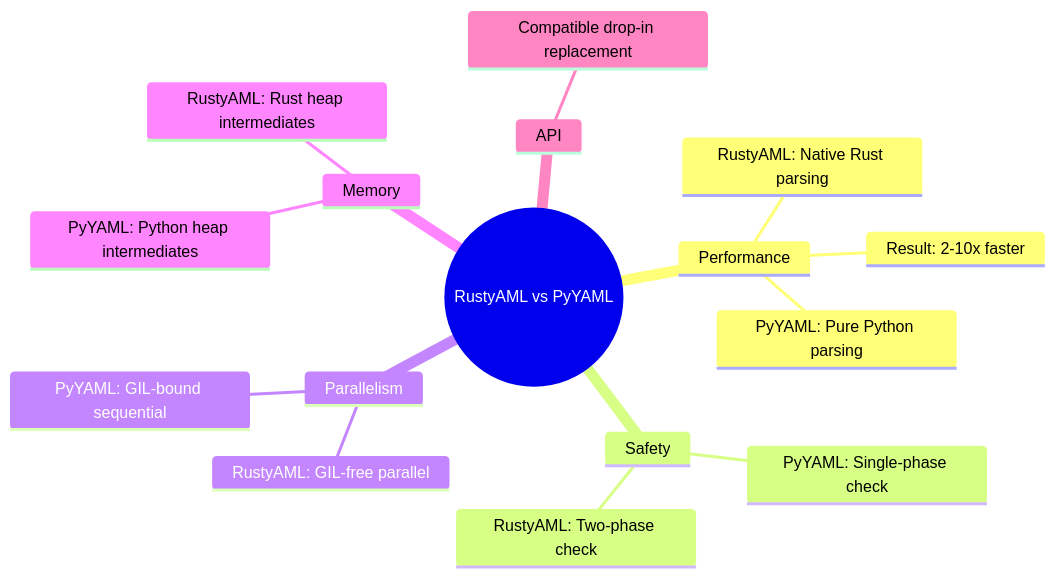
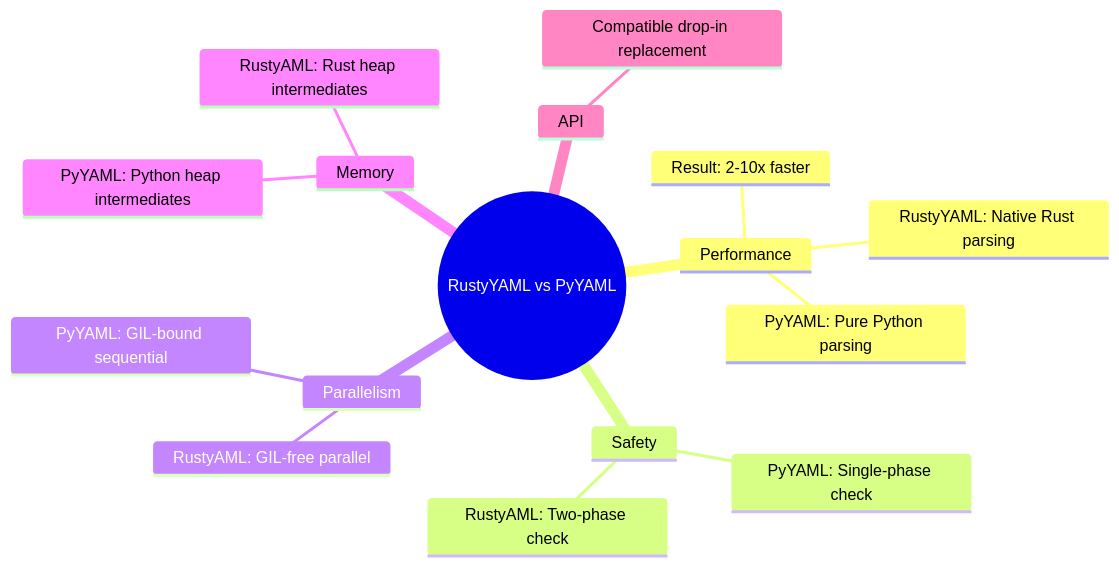
One commit to beelal-k/rustyyaml changed diagram 18 of 18 in docs/ARCHITECTURE.md. Above: the diagram before and after it, drawn with Mermaid. The commit also changed other lines of this file and 14 other files, not shown here.

````diff
--- a/docs/ARCHITECTURE.md
+++ b/docs/ARCHITECTURE.md
@@ -592,27 +592,27 @@
 ```mermaid
 mindmap
-    root((RustyAML vs PyYAML))
+    root((RustyYAML vs PyYAML))
         Performance
             PyYAML: Pure Python parsing
-            RustyAML: Native Rust parsing
+            RustyYAML: Native Rust parsing
             Result: 2-10x faster
         
         Safety
             PyYAML: Single-phase check
             RustyAML: Two-phase check
             ::icon(fa fa-shield)
         
         Parallelism
             PyYAML: GIL-bound sequential
             RustyAML: GIL-free parallel
             ::icon(fa fa-bolt)
         
         Memory
             PyYAML: Python heap intermediates
             RustyAML: Rust heap intermediates
             ::icon(fa fa-memory)
         
         API
             Compatible drop-in replacement
             ::icon(fa fa-check)
 ```
````
